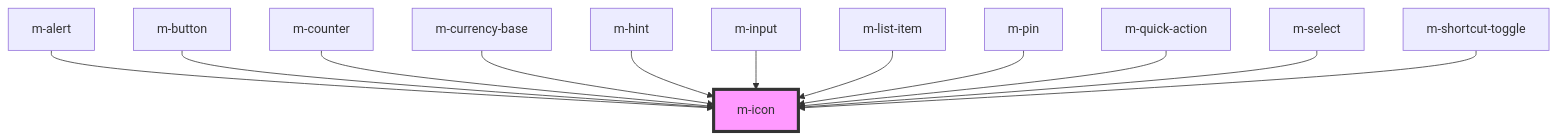
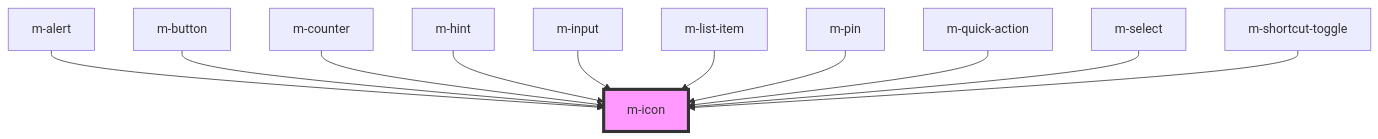
Before and after one commit to dynamic-framework/dynamic-ui: the diagram in libraries/modyo-design-system/src/components/m-icon/readme.md, drawn with Mermaid. The commit also changed other lines of this file and 28 other files, not shown here.

````diff
--- a/libraries/modyo-design-system/src/components/m-icon/readme.md
+++ b/libraries/modyo-design-system/src/components/m-icon/readme.md
@@ -42,15 +41,14 @@
 ```mermaid
 graph TD;
   m-alert --> m-icon
   m-button --> m-icon
   m-counter --> m-icon
-  m-currency-base --> m-icon
   m-hint --> m-icon
   m-input --> m-icon
   m-list-item --> m-icon
   m-pin --> m-icon
   m-quick-action --> m-icon
   m-select --> m-icon
   m-shortcut-toggle --> m-icon
   style m-icon fill:#f9f,stroke:#333,stroke-width:4px
 ```
````
